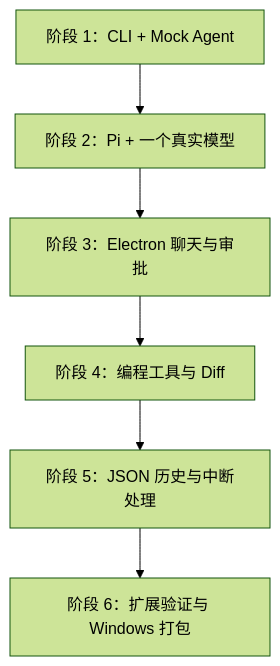
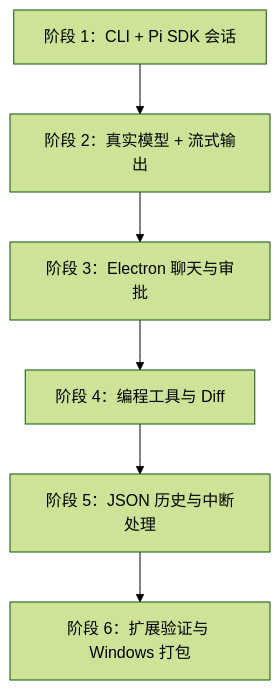
The first of 6 diagrams in docs/learning/01-roadmap.md (Yahacc/yagent), drawn with Mermaid (forest theme) before and after one commit. The commit also changed other lines of this file and 34 other files, not shown here.

````diff
--- a/docs/learning/01-roadmap.md
+++ b/docs/learning/01-roadmap.md
@@ -9,8 +9,8 @@
 ```mermaid
 flowchart TD
-  A[阶段 1：CLI + Mock Agent] --> B[阶段 2：Pi + 一个真实模型]
+  A[阶段 1：CLI + Pi SDK 会话] --> B[阶段 2：真实模型 + 流式输出]
   B --> C[阶段 3：Electron 聊天与审批]
   C --> D[阶段 4：编程工具与 Diff]
   D --> E[阶段 5：JSON 历史与中断处理]
   E --> F[阶段 6：扩展验证与 Windows 打包]
 ```
````
